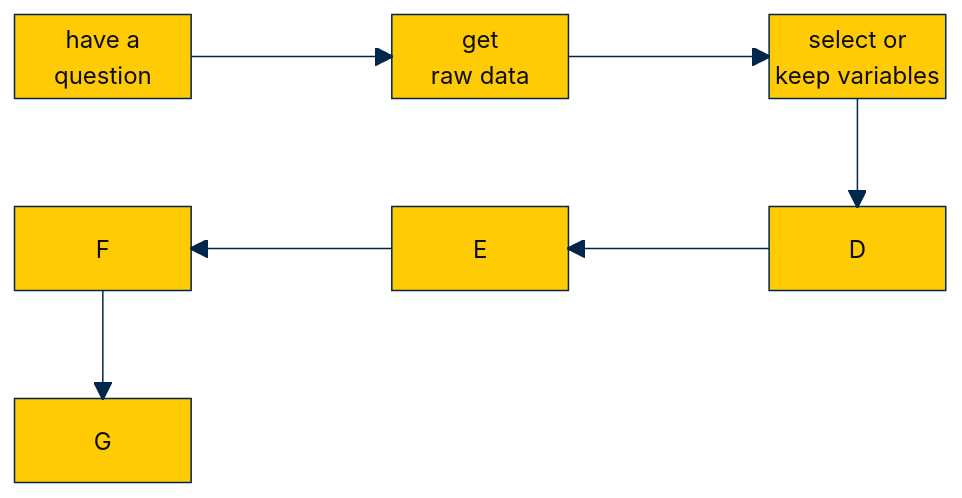
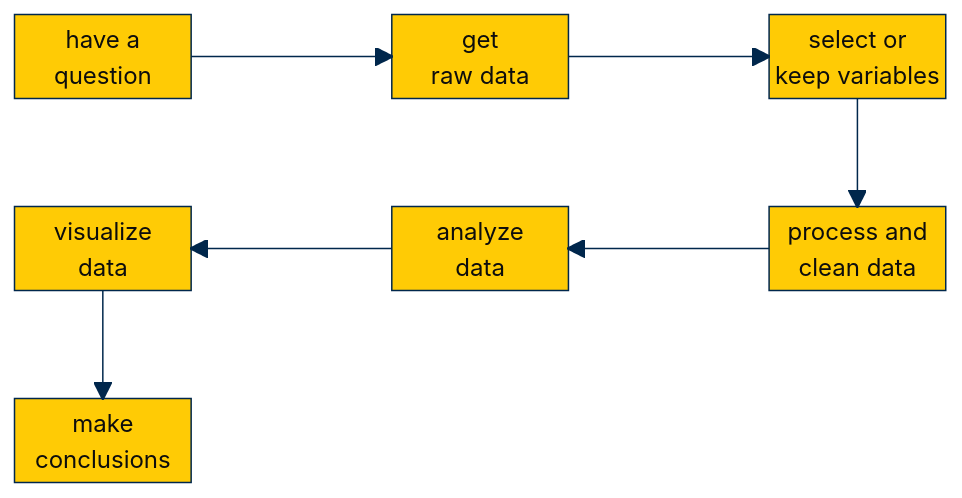
The second of 2 diagrams in do-files/README.md (agrogan1/Stata), drawn with Mermaid before and after one commit.

````diff
--- a/do-files/README.md
+++ b/do-files/README.md
@@ -29,32 +29,32 @@
 ```mermaid
 %%{
   init: {
     'theme': 'base',
     'look': 'handDrawn',
     'themeVariables': {
       'primaryColor': '#FFCB05',
       'primaryTextColor': '#000000',
       'primaryBorderColor': '#00274C',
       'lineColor': '#00274C',
       'secondaryColor': '#00274C',
       'secondaryTextColor': '#000000',
       'tertiaryColor': '#F2F2F2',
       'tertiaryBorderColor': '#00274C'
     }
   }
 }%%
 block-beta
    columns 5
    A["have a <br>question"] space B["get <br> raw data"] space C["select or <br>keep variables"]
    space space space space space
-   F space E space D
+   F["visualize <br>data"] space E["analyze <br>data"] space D["process and <br>clean data"]
    space space space space space
-   G space space space space
+   G["make <br>conclusions"] space space space space
 
    A --> B
    B --> C
    C --> D
    D --> E
    E --> F
    F --> G
 ```
````
